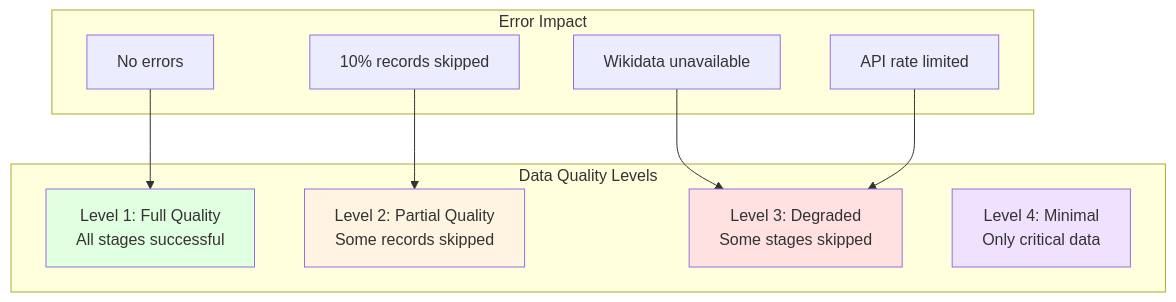
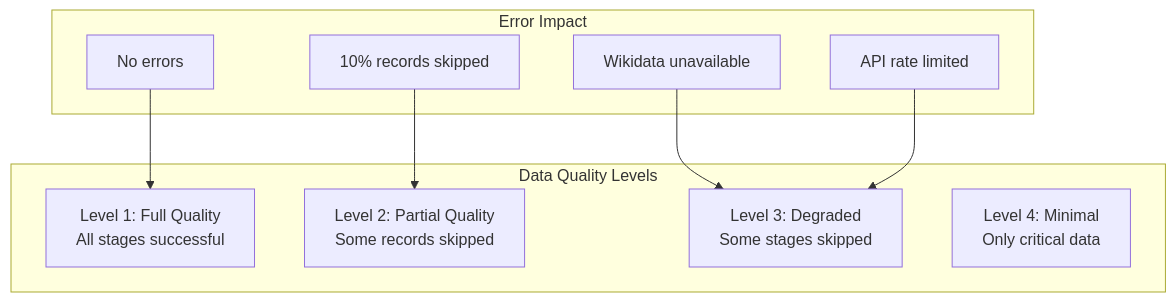
One commit to DaxServer/geocode-commons-categories changed diagram 18 of 19 in docs/import/error-handling.md. Above: the diagram before and after it, drawn with Mermaid. The commit also changed other lines of this file and 5 other files, not shown here.

````diff
--- a/docs/import/error-handling.md
+++ b/docs/import/error-handling.md
@@ -773,26 +734,22 @@
 ```mermaid
 graph TB
     subgraph "Data Quality Levels"
         L1[Level 1: Full Quality<br/>All stages successful]
         L2[Level 2: Partial Quality<br/>Some records skipped]
         L3[Level 3: Degraded<br/>Some stages skipped]
         L4[Level 4: Minimal<br/>Only critical data]
     end
 
     subgraph "Error Impact"
         E1[No errors]
         E2[10% records skipped]
         E3[Wikidata unavailable]
         E4[API rate limited]
     end
 
     E1 --> L1
     E2 --> L2
     E3 --> L3
     E4 --> L3
 
-    style L1 fill:#e1ffe1
-    style L2 fill:#fff4e1
-    style L3 fill:#ffe1e1
-    style L4 fill:#f0e1ff
 ```
````
